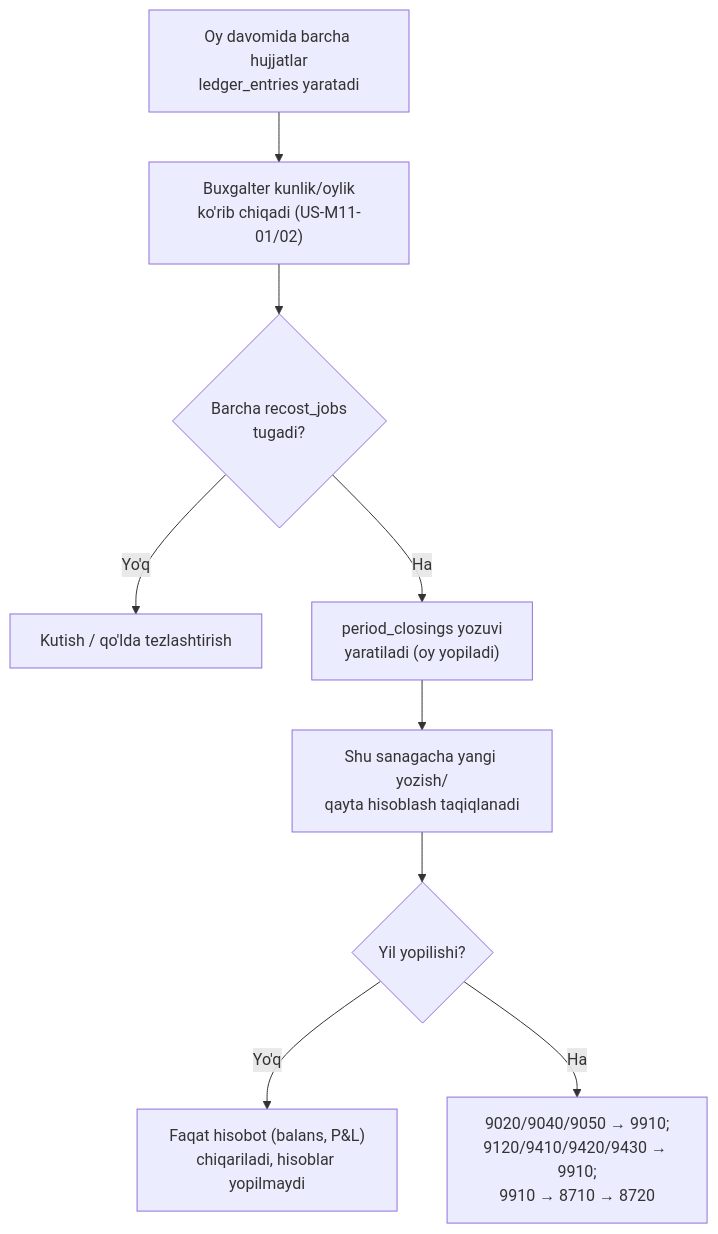
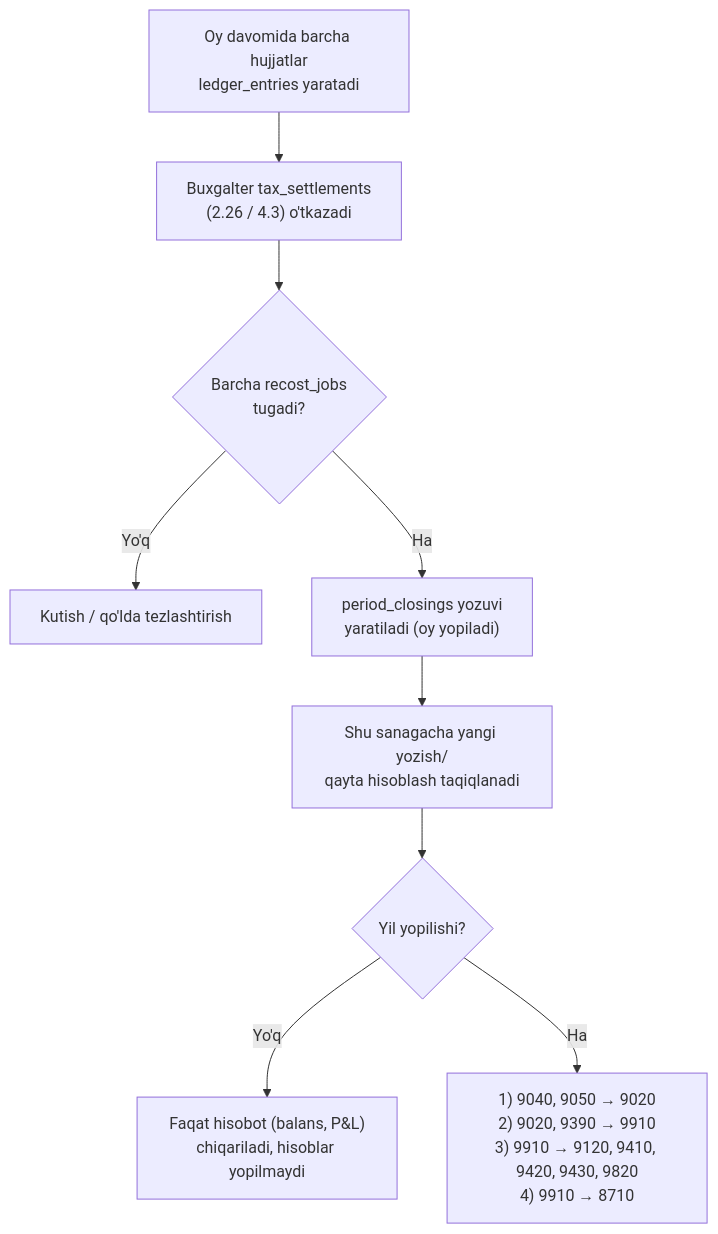
The second of 2 diagrams in spec/kod-uchun/13-provodka-qoidalari.md (hasanoff507/erp), drawn with Mermaid before and after one commit. The commit also changed other lines of this file and 47 other files, not shown here.

````diff
--- a/spec/kod-uchun/13-provodka-qoidalari.md
+++ b/spec/kod-uchun/13-provodka-qoidalari.md
@@ -373,11 +529,11 @@
 ```mermaid
 flowchart TD
-  A["Oy davomida barcha hujjatlar\nledger_entries yaratadi"] --> B["Buxgalter kunlik/oylik\nko'rib chiqadi (US-M11-01/02)"]
+  A["Oy davomida barcha hujjatlar\nledger_entries yaratadi"] --> B["Buxgalter tax_settlements\n(2.26 / 4.3) o'tkazadi"]
   B --> C{"Barcha recost_jobs\ntugadi?"}
   C -- "Yo'q" --> D["Kutish / qo'lda tezlashtirish"]
   C -- "Ha" --> E["period_closings yozuvi\nyaratiladi (oy yopiladi)"]
   E --> F["Shu sanagacha yangi yozish/\nqayta hisoblash taqiqlanadi"]
   F --> G{"Yil yopilishi?"}
   G -- "Yo'q" --> H["Faqat hisobot (balans, P&L)\nchiqariladi, hisoblar yopilmaydi"]
-  G -- "Ha" --> I["9020/9040/9050 → 9910;\n9120/9410/9420/9430 → 9910;\n9910 → 8710 → 8720"]
+  G -- "Ha" --> I["1) 9040, 9050 → 9020\n2) 9020, 9390 → 9910\n3) 9910 → 9120, 9410, 9420, 9430, 9820\n4) 9910 → 8710"]
 ```
````
